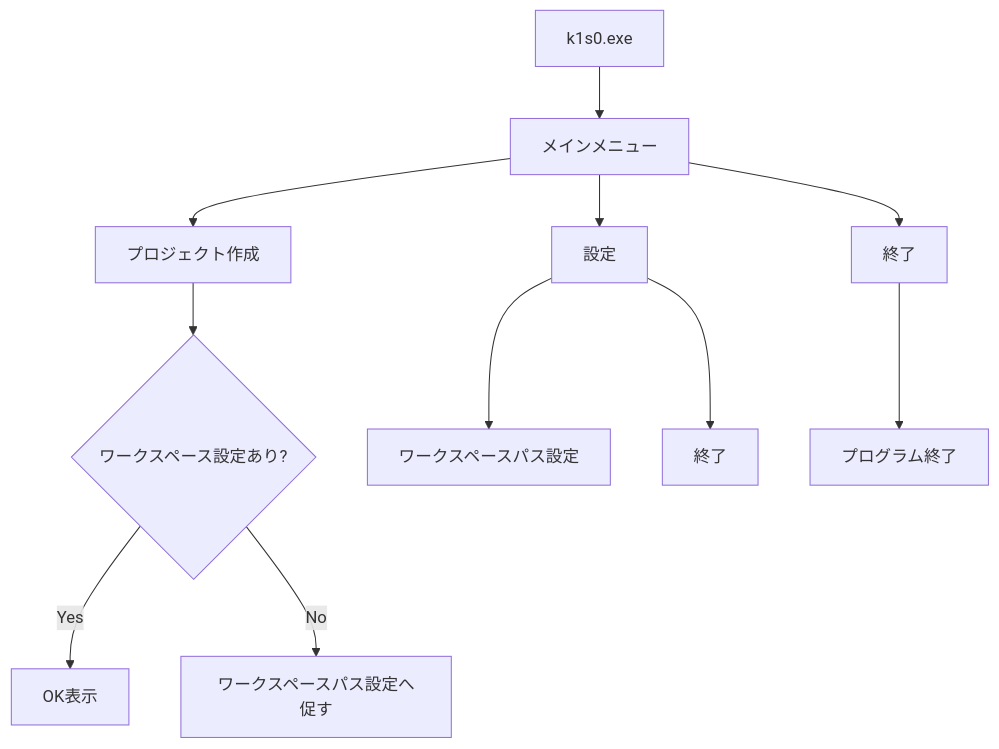
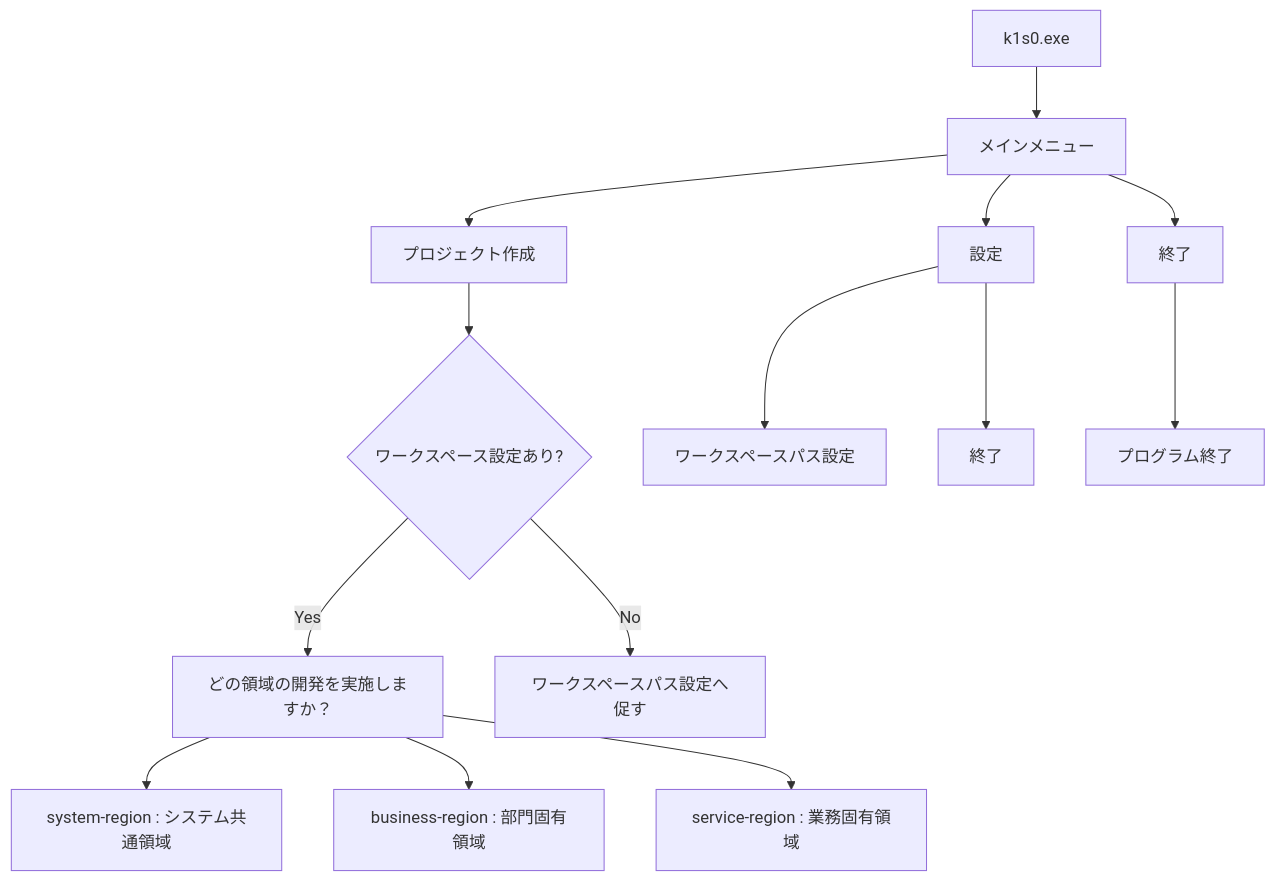
One commit to RyuheiKiso/k1s0 changed the diagram in docs/CLI設計書.md. Above: the diagram before and after it, drawn with Mermaid. The commit also changed 6 other files, not shown here.

````diff
--- a/docs/CLI設計書.md
+++ b/docs/CLI設計書.md
@@ -13,17 +13,20 @@
 ```mermaid
 flowchart TD
     A["k1s0.exe"] --> B["メインメニュー"]
 
     B --> C["プロジェクト作成"]
     B --> D["設定"]
     B --> E["終了"]
 
     C --> F{"ワークスペース設定あり?"}
-    F -->|Yes| G["OK表示"]
+    F -->|Yes| G["どの領域の開発を実施しますか？"]
+    G --> G1["system-region : システム共通領域"]
+    G --> G2["business-region : 部門固有領域"]
+    G --> G3["service-region : 業務固有領域"]
     F -->|No| H["ワークスペースパス設定へ促す"]
 
     D --> I["ワークスペースパス設定"]
     D --> J["終了"]
 
     E --> K["プログラム終了"]
 ```
````
